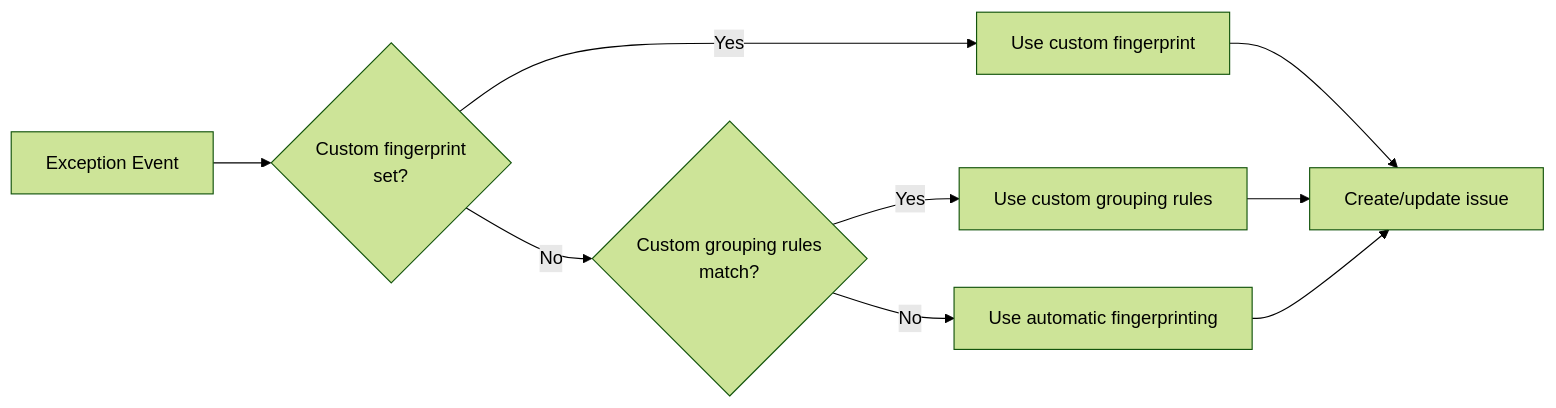
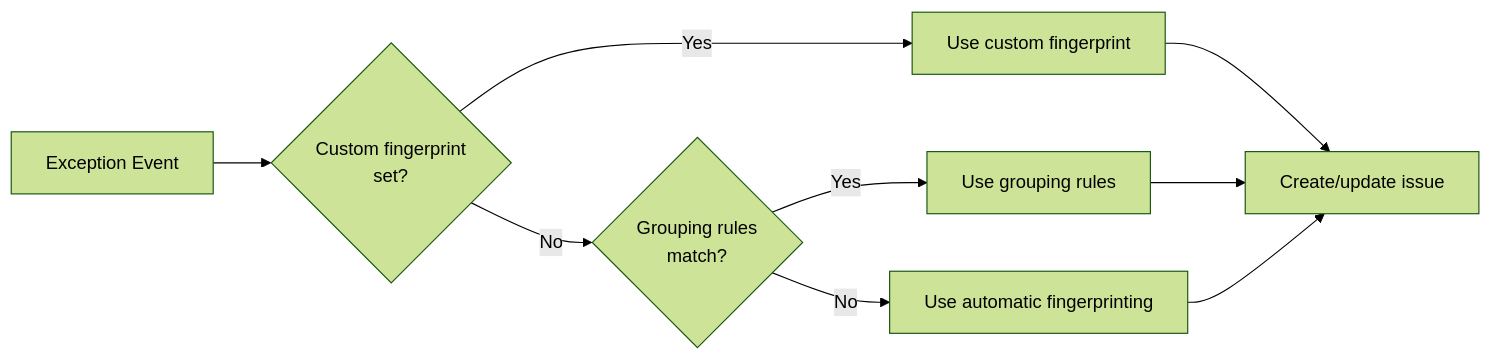
One commit to PostHog/posthog.com changed the second of 2 diagrams in contents/docs/error-tracking/issues-and-exceptions.mdx. Above: the diagram before and after it, drawn with Mermaid (forest theme). The commit also changed other lines of this file and 4 other files, not shown here.

````diff
--- a/contents/docs/error-tracking/issues-and-exceptions.mdx
+++ b/contents/docs/error-tracking/issues-and-exceptions.mdx
@@ -88,12 +87,12 @@
 ```mermaid
 flowchart LR
     A[Exception Event] --> B{Custom fingerprint<br/>set?}
     B -->|Yes| C[Use custom fingerprint]
-    B -->|No| D{Custom grouping rules<br/>match?}
-    D -->|Yes| E[Use custom grouping rules]
+    B -->|No| D{Grouping rules<br/>match?}
+    D -->|Yes| E[Use grouping rules]
     D -->|No| F[Use automatic fingerprinting]
     
     C --> G[Create/update issue]
     E --> G
     F --> G
 ```
````
